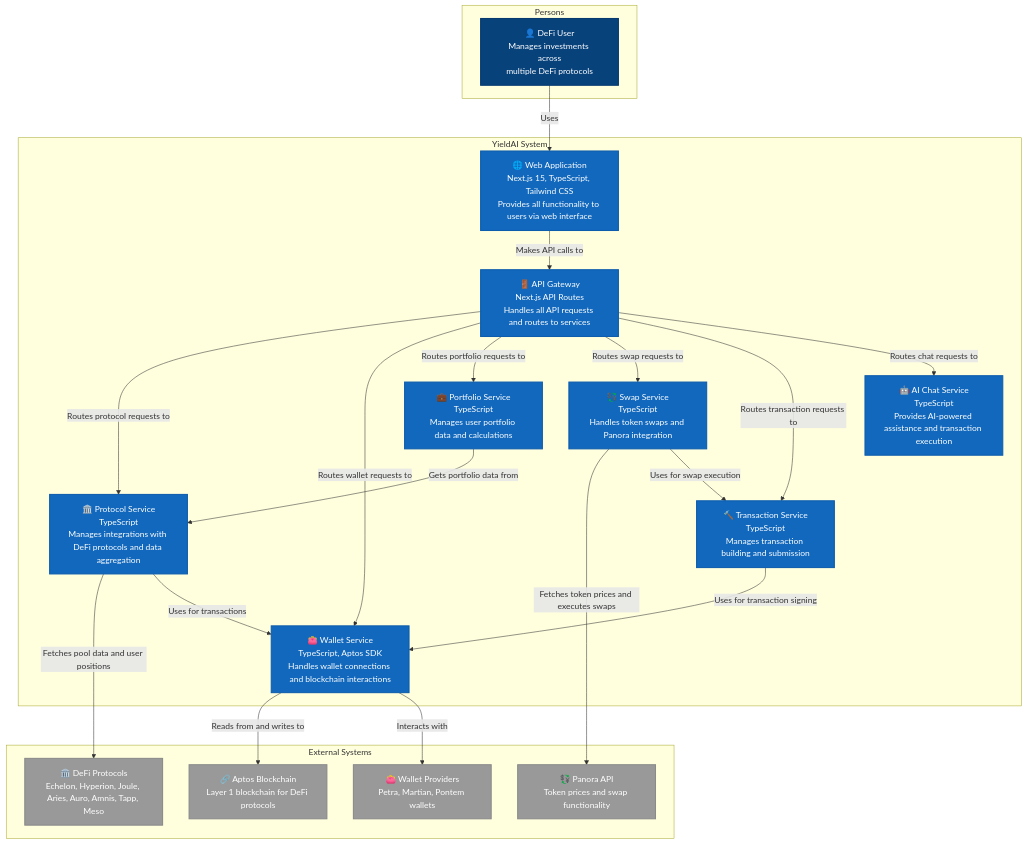
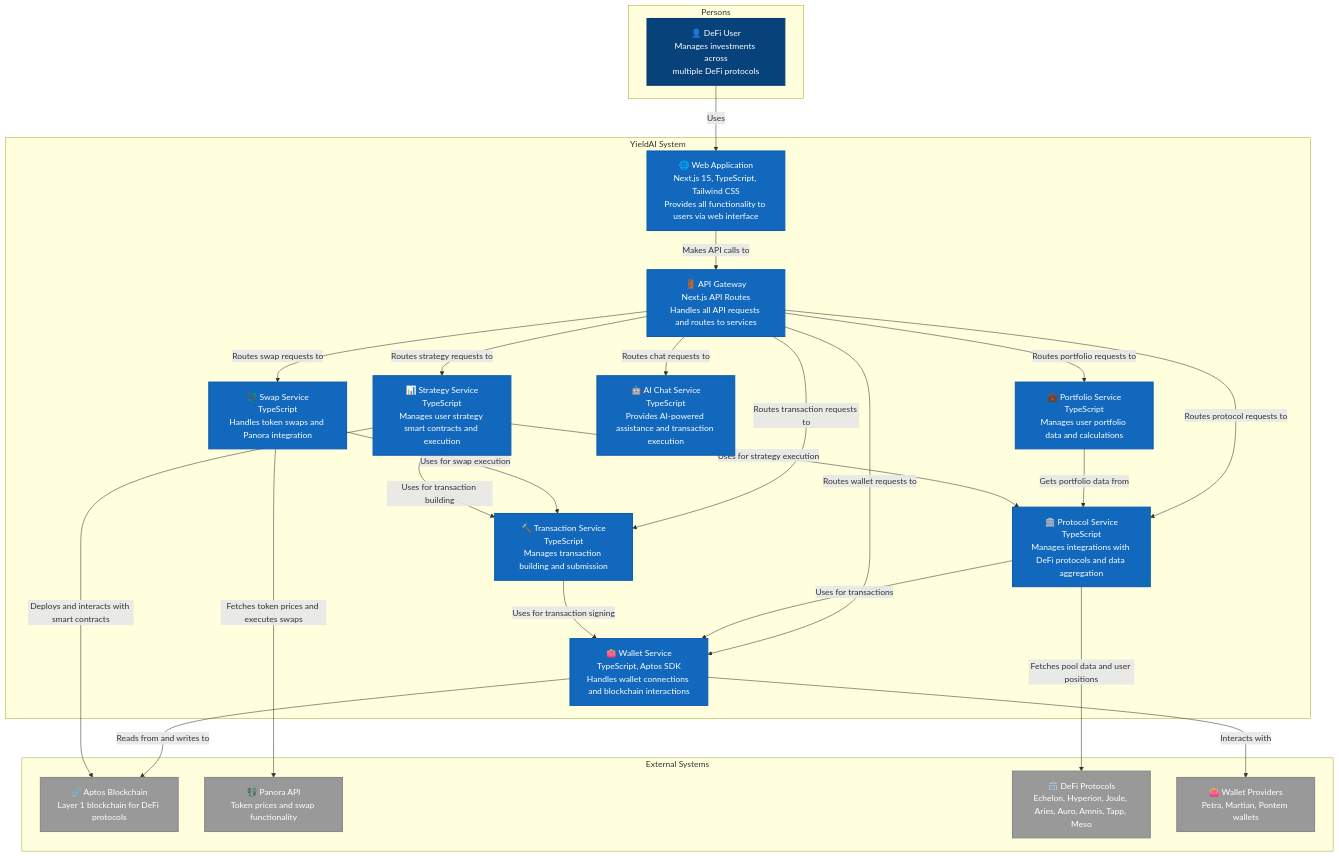
Before and after one commit to ssadkov/yield-ai: the diagram in C4_Container_Diagram.md, drawn with Mermaid. The commit also changed other lines of this file, not shown here.

Commit message:
Enhance Container Diagram by adding the Strategy Service, detailing its responsibilities and interactions, and updating the Aptos blockchain description to include smart contract deployment capabilities.

````diff
--- a/C4_Container_Diagram.md
+++ b/C4_Container_Diagram.md
@@ -7,66 +7,72 @@
 ```mermaid
 graph TD
 
   subgraph Persons
     U[👤 DeFi User<br/>Manages investments across<br/>multiple DeFi protocols]
   end
 
   subgraph YieldAI System
     WA[🌐 Web Application<br/>Next.js 15, TypeScript, Tailwind CSS<br/>Provides all functionality to users via web interface]
     
     AG[🚪 API Gateway<br/>Next.js API Routes<br/>Handles all API requests and routes to services]
     
     PS[🏛️ Protocol Service<br/>TypeScript<br/>Manages integrations with DeFi protocols and data aggregation]
     
     WS[👛 Wallet Service<br/>TypeScript, Aptos SDK<br/>Handles wallet connections and blockchain interactions]
     
     PFS[💼 Portfolio Service<br/>TypeScript<br/>Manages user portfolio data and calculations]
     
     SS[💱 Swap Service<br/>TypeScript<br/>Handles token swaps and Panora integration]
     
     TS[🔨 Transaction Service<br/>TypeScript<br/>Manages transaction building and submission]
     
     CS[🤖 AI Chat Service<br/>TypeScript<br/>Provides AI-powered assistance and transaction execution]
+    
+    STS[📊 Strategy Service<br/>TypeScript<br/>Manages user strategy smart contracts and execution]
   end
 
   subgraph External Systems
     AB[🔗 Aptos Blockchain<br/>Layer 1 blockchain for DeFi protocols]
     PA[💱 Panora API<br/>Token prices and swap functionality]
     DP[🏛️ DeFi Protocols<br/>Echelon, Hyperion, Joule, Aries, Auro, Amnis, Tapp, Meso]
     WP[👛 Wallet Providers<br/>Petra, Martian, Pontem wallets]
   end
 
   %% User interactions
   U -->|Uses| WA
 
   %% Web App to API Gateway
   WA -->|Makes API calls to| AG
 
   %% API Gateway to Services
   AG -->|Routes protocol requests to| PS
   AG -->|Routes wallet requests to| WS
   AG -->|Routes portfolio requests to| PFS
   AG -->|Routes swap requests to| SS
   AG -->|Routes transaction requests to| TS
   AG -->|Routes chat requests to| CS
+  AG -->|Routes strategy requests to| STS
 
   %% Service to External Systems
   PS -->|Fetches pool data and user positions| DP
   WS -->|Reads from and writes to| AB
   WS -->|Interacts with| WP
   SS -->|Fetches token prices and executes swaps| PA
   PFS -->|Gets portfolio data from| PS
+  STS -->|Deploys and interacts with smart contracts| AB
 
   %% Service relationships
   PS -->|Uses for transactions| WS
   SS -->|Uses for swap execution| TS
   TS -->|Uses for transaction signing| WS
+  STS -->|Uses for strategy execution| PS
+  STS -->|Uses for transaction building| TS
 
   classDef person fill:#08427B,stroke:#073B6F,stroke-width:2px,color:#fff
   classDef container fill:#1168BD,stroke:#0E5DAD,stroke-width:2px,color:#fff
   classDef external fill:#999999,stroke:#8A8A8A,stroke-width:2px,color:#fff
 
   class U person
-  class WA,AG,PS,WS,PFS,SS,TS,CS container
+  class WA,AG,PS,WS,PFS,SS,TS,CS,STS container
   class AB,PA,DP,WP external
 ```
````
